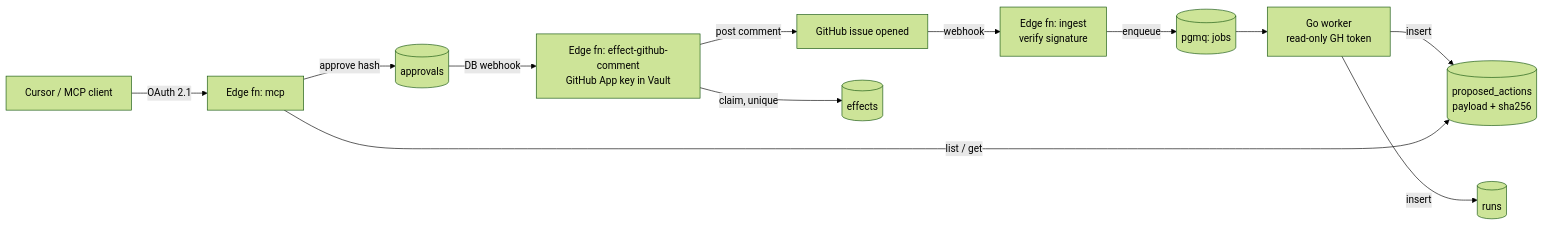
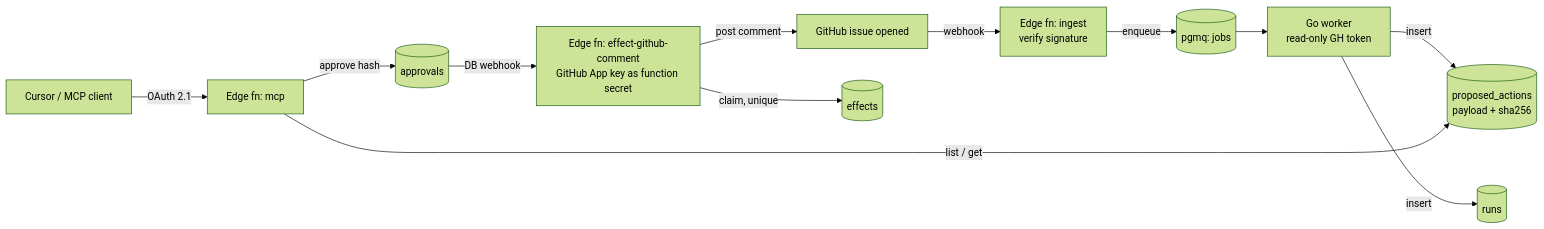
The diagram in docs/SPEC.md (MohamedBenTaher/tierbound), drawn with Mermaid (forest theme) before and after one commit. The commit also changed other lines of this file and 13 other files, not shown here.

````diff
--- a/docs/SPEC.md
+++ b/docs/SPEC.md
@@ -65,14 +65,14 @@
 ```mermaid
 flowchart LR
   GH[GitHub issue opened] -->|webhook| ING[Edge fn: ingest<br/>verify signature]
   ING -->|enqueue| Q[(pgmq: jobs)]
   Q --> W[Go worker<br/>read-only GH token]
   W -->|insert| RUNS[(runs)]
   W -->|insert| PA[(proposed_actions<br/>payload + sha256)]
   CUR[Cursor / MCP client] -->|OAuth 2.1| MCP[Edge fn: mcp]
   MCP -->|list / get| PA
   MCP -->|approve hash| AP[(approvals)]
-  AP -->|DB webhook| EFF[Edge fn: effect-github-comment<br/>GitHub App key in Vault]
+  AP -->|DB webhook| EFF[Edge fn: effect-github-comment<br/>GitHub App key as function secret]
   EFF -->|claim, unique| EF[(effects)]
   EFF -->|post comment| GH
 ```
````
